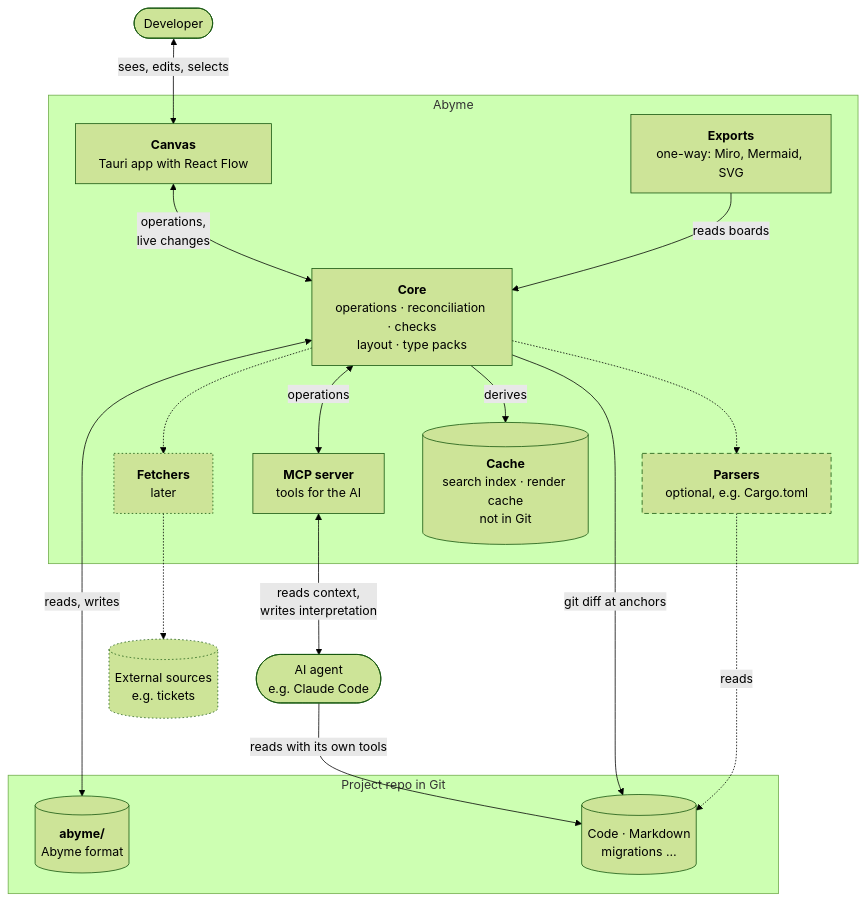
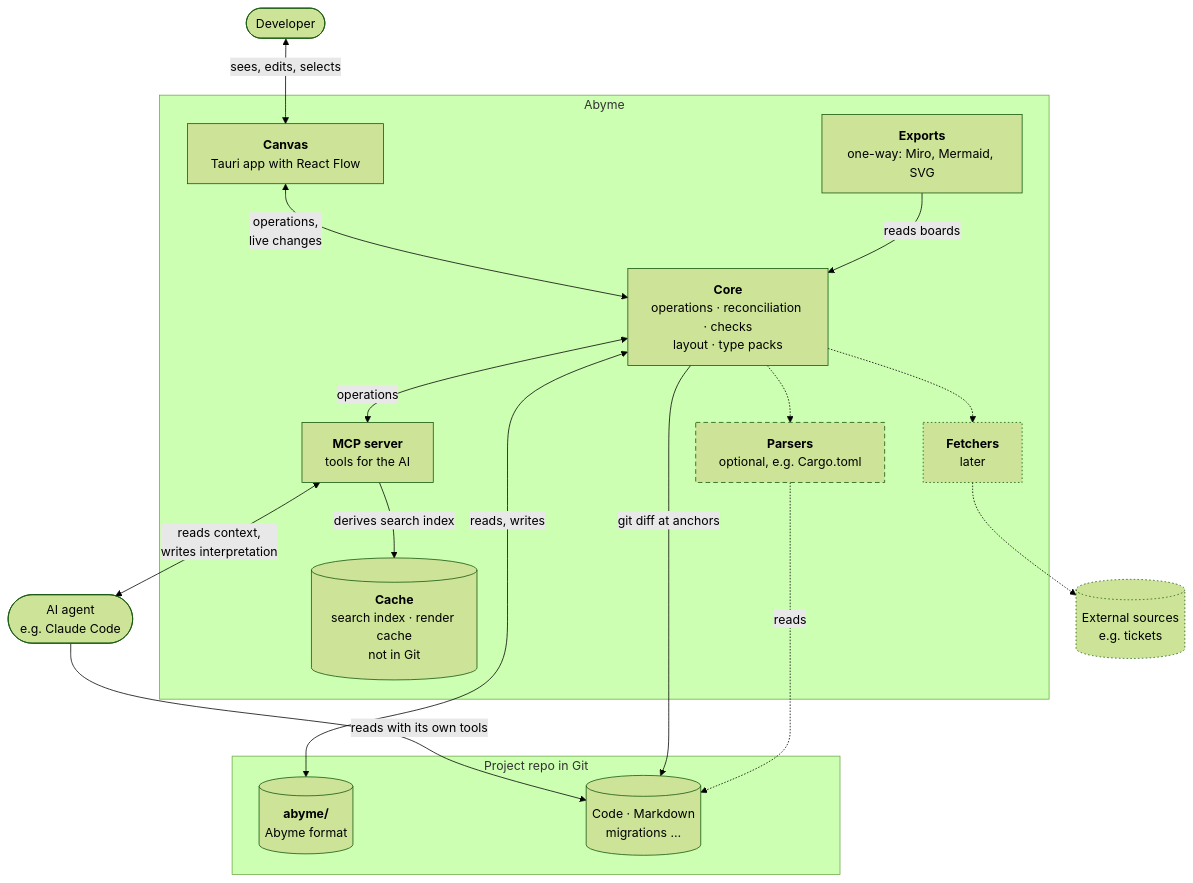
One commit to chdalski/abyme changed the second of 2 diagrams in docs/5 Architecture/Architecture Overview.md. Above: the diagram before and after it, drawn with Mermaid (forest theme). The commit also changed 13 other files, not shown here.

First line of the commit message:
docs(concept): record the architecture decisions for the Working Skeleton

````diff
--- a/docs/5 Architecture/Architecture Overview.md
+++ b/docs/5 Architecture/Architecture Overview.md
@@ -42,39 +42,39 @@
 ```mermaid
 flowchart TB
     dev(["Developer"])
 
     subgraph abyme["Abyme"]
         canvas["<b>Canvas</b><br>Tauri app with React Flow"]
         export["<b>Exports</b><br>one-way: Miro, Mermaid, SVG"]
         core["<b>Core</b><br>operations · reconciliation · checks<br>layout · type packs"]
         mcp["<b>MCP server</b><br>tools for the AI"]
         parser["<b>Parsers</b><br>optional, e.g. Cargo.toml"]
         fetcher["<b>Fetchers</b><br>later"]
         cache[("<b>Cache</b><br>search index · render cache<br>not in Git")]
     end
 
     ai(["AI agent<br>e.g. Claude Code"])
     ext[("External sources<br>e.g. tickets")]
 
     subgraph repo["Project repo in Git"]
         format[("<b>abyme/</b><br>Abyme format")]
         code[("Code · Markdown<br>migrations …")]
     end
 
     dev <-->|"sees, edits, selects"| canvas
     canvas <-->|"operations,<br>live changes"| core
     export -->|"reads boards"| core
-    core -->|"derives"| cache
+    mcp -->|"derives search index"| cache
     core <-->|"operations"| mcp
     mcp <-->|"reads context,<br>writes interpretation"| ai
     ai -->|"reads with its own tools"| code
     core <---->|"reads, writes"| format
     core ---->|"git diff at anchors"| code
     core -.-> parser -..->|"reads"| code
     core -.-> fetcher -.-> ext
 
     classDef proposal stroke-dasharray: 6 4
     classDef later stroke-dasharray: 2 3
     class parser proposal
     class fetcher,ext later
 ```
````
